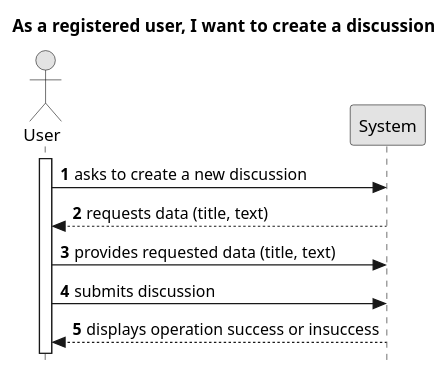
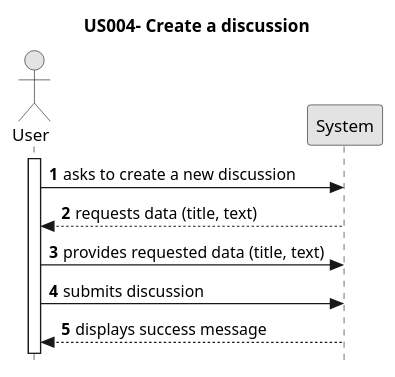
One commit to TiagoMagalhaes1232507/Testando-projeto changed the diagram in docs/sprint01/us004/01.requirements-engineering/puml/us006-system-sequence-diagram-alternative-one.puml. Above: the diagram before and after it, drawn with PlantUML. The commit also changed 3 other files, not shown here.

```diff
--- a/docs/sprint01/us004/01.requirements-engineering/puml/us006-system-sequence-diagram-alternative-one.puml
+++ b/docs/sprint01/us004/01.requirements-engineering/puml/us006-system-sequence-diagram-alternative-one.puml
@@ -1,23 +1,23 @@
 @startuml
 skinparam monochrome true
 skinparam packageStyle rectangle
 skinparam shadowing false
 skinparam style strictuml
 
-title As a registered user, I want to create a discussion
+title US004- Create a discussion
 
 autonumber
 
 actor "User" as Employee
 participant "System" as System
 
 activate Employee
 
 Employee -> System : asks to create a new discussion
 System --> Employee : requests data (title, text)
 
 Employee -> System : provides requested data (title, text)
 Employee -> System : submits discussion
-System --> Employee : displays operation success or insuccess
+System --> Employee : displays success message
 
 @enduml
```
